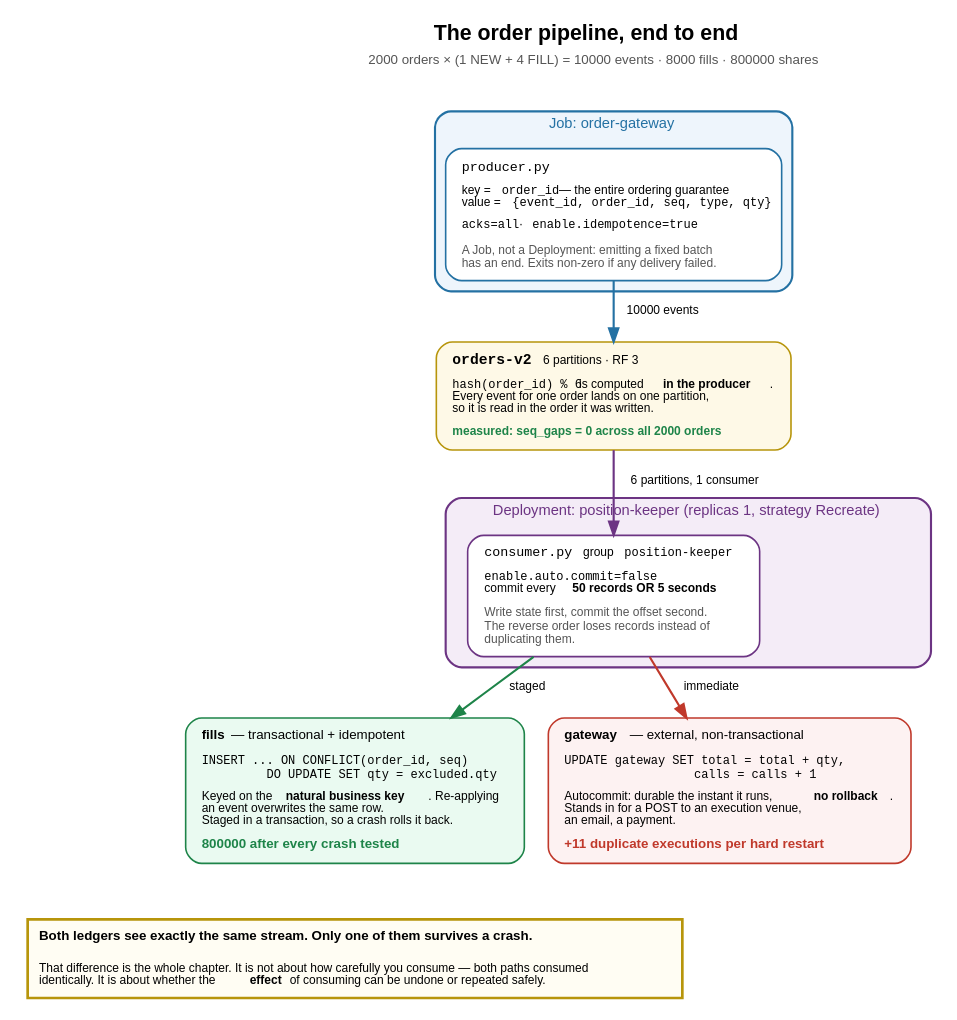
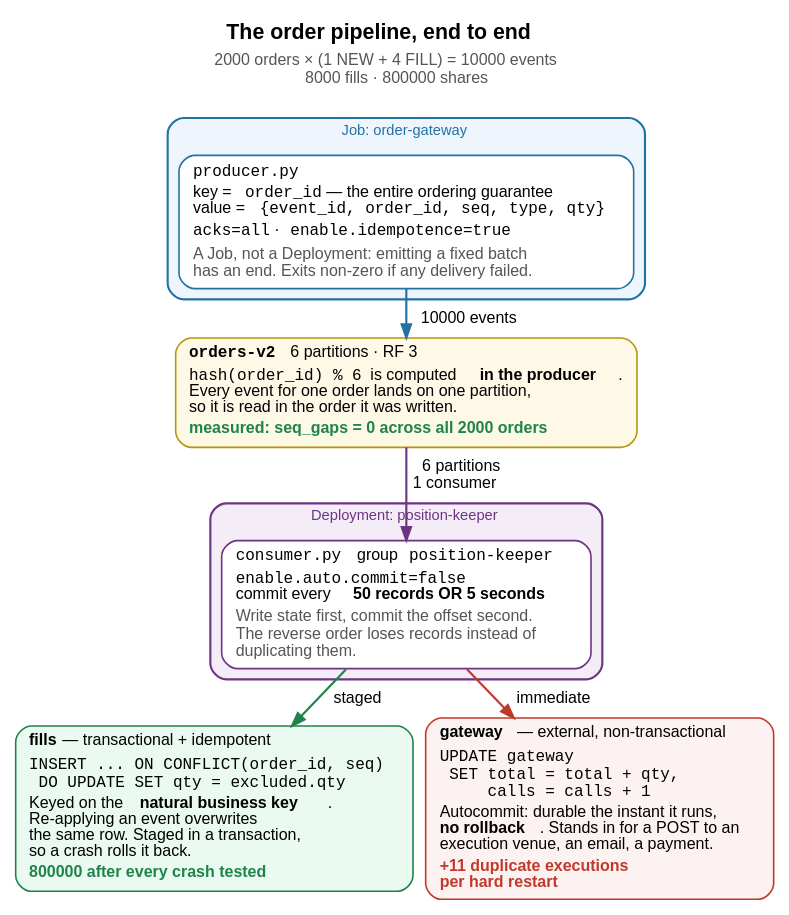
Before and after one commit to fiberoptix/home-lab-setup: the diagram in education/diagrams/ch06_fig1_dataflow.dot, drawn with Graphviz. The commit also changed 85 other files, not shown here.

```diff
--- a/education/diagrams/ch06_fig1_dataflow.dot
+++ b/education/diagrams/ch06_fig1_dataflow.dot
@@ -1,84 +1,79 @@
 // Chapter 6, Figure 1 — the shape of the application. One image, two
 // entrypoints, one topic, two ledgers. Measured 3 Aug 2026 on vm-k8-redpanda-1.
 //
 // Render:
 //   dot -Tpng -Gdpi=150 ch06_fig1_dataflow.dot -o ../images/ch06_fig1_dataflow.png
 
 digraph dataflow {
+  nodesep=0.12;
+  ranksep=0.2;
   rankdir=TB;
   bgcolor="white";
-  node  [fontname="Helvetica", fontsize=10, shape=box, style="filled,rounded", penwidth=1.2];
-  edge  [fontname="Helvetica", fontsize=9];
+  node  [fontname="Helvetica", fontsize=12, shape=box, style="filled,rounded", penwidth=1.2];
+  edge  [fontname="Helvetica", fontsize=12];
   graph [fontname="Helvetica", fontsize=11];
 
   title [shape=plaintext, style="", fillcolor="none", label=<
     <TABLE BORDER="0" CELLBORDER="0" CELLSPACING="0">
       <TR><TD><FONT POINT-SIZE="16"><B>The order pipeline, end to end</B></FONT></TD></TR>
-      <TR><TD><FONT POINT-SIZE="10" COLOR="#555555">2000 orders &#215; (1 NEW + 4 FILL) = 10000 events &#183; 8000 fills &#183; 800000 shares</FONT></TD></TR>
+      <TR><TD><FONT POINT-SIZE="12" COLOR="#555555">2000 orders &#215; (1 NEW + 4 FILL) = 10000 events<BR/>8000 fills &#183; 800000 shares</FONT></TD></TR>
     </TABLE>>];
 
   // ------------------------------------------------------- producer
   subgraph cluster_prod {
     label="  Job: order-gateway  ";
     style="filled,rounded"; fillcolor="#eef5fc"; color="#2471a3"; fontcolor="#2471a3"; penwidth=1.6;
 
     prod [fillcolor="#ffffff", color="#2471a3", label=<
-      <TABLE BORDER="0" CELLBORDER="0" CELLSPACING="0" CELLPADDING="4">
-        <TR><TD ALIGN="LEFT" BALIGN="LEFT"><FONT FACE="Courier" POINT-SIZE="10">producer.py</FONT></TD></TR>
-        <TR><TD ALIGN="LEFT" BALIGN="LEFT"><FONT POINT-SIZE="9">key = <FONT FACE="Courier">order_id</FONT> &#8212; the entire ordering guarantee<BR/>value = <FONT FACE="Courier">{event_id, order_id, seq, type, qty}</FONT></FONT></TD></TR>
-        <TR><TD ALIGN="LEFT" BALIGN="LEFT"><FONT POINT-SIZE="9"><FONT FACE="Courier">acks=all</FONT> &#183; <FONT FACE="Courier">enable.idempotence=true</FONT></FONT></TD></TR>
-        <TR><TD ALIGN="LEFT" BALIGN="LEFT"><FONT POINT-SIZE="9" COLOR="#555555">A Job, not a Deployment: emitting a fixed batch<BR/>has an end. Exits non-zero if any delivery failed.</FONT></TD></TR>
+      <TABLE BORDER="0" CELLBORDER="0" CELLSPACING="0" CELLPADDING="2">
+        <TR><TD ALIGN="LEFT" BALIGN="LEFT"><FONT FACE="Courier" POINT-SIZE="12">producer.py</FONT></TD></TR>
+        <TR><TD ALIGN="LEFT" BALIGN="LEFT"><FONT POINT-SIZE="12">key = <FONT FACE="Courier">order_id</FONT> &#8212; the entire ordering guarantee<BR/>value = <FONT FACE="Courier">{event_id, order_id, seq, type, qty}</FONT></FONT></TD></TR>
+        <TR><TD ALIGN="LEFT" BALIGN="LEFT"><FONT POINT-SIZE="12"><FONT FACE="Courier">acks=all</FONT> &#183; <FONT FACE="Courier">enable.idempotence=true</FONT></FONT></TD></TR>
+        <TR><TD ALIGN="LEFT" BALIGN="LEFT"><FONT POINT-SIZE="12" COLOR="#555555">A Job, not a Deployment: emitting a fixed batch<BR/>has an end. Exits non-zero if any delivery failed.</FONT></TD></TR>
       </TABLE>>];
   }
 
   // ------------------------------------------------------- topic
   topic [fillcolor="#fef9e7", color="#b7950b", label=<
-    <TABLE BORDER="0" CELLBORDER="0" CELLSPACING="0" CELLPADDING="4">
-      <TR><TD ALIGN="LEFT" BALIGN="LEFT"><FONT FACE="Courier" POINT-SIZE="11"><B>orders-v2</B></FONT>  <FONT POINT-SIZE="9">6 partitions &#183; RF 3</FONT></TD></TR>
-      <TR><TD ALIGN="LEFT" BALIGN="LEFT"><FONT POINT-SIZE="9"><FONT FACE="Courier">hash(order_id) % 6</FONT> is computed <B>in the producer</B>.<BR/>Every event for one order lands on one partition,<BR/>so it is read in the order it was written.</FONT></TD></TR>
-      <TR><TD ALIGN="LEFT" BALIGN="LEFT"><FONT POINT-SIZE="9" COLOR="#1e8449"><B>measured: seq_gaps = 0 across all 2000 orders</B></FONT></TD></TR>
+    <TABLE BORDER="0" CELLBORDER="0" CELLSPACING="0" CELLPADDING="2">
+      <TR><TD ALIGN="LEFT" BALIGN="LEFT"><FONT FACE="Courier" POINT-SIZE="12"><B>orders-v2</B></FONT>  <FONT POINT-SIZE="12">6 partitions &#183; RF 3</FONT></TD></TR>
+      <TR><TD ALIGN="LEFT" BALIGN="LEFT"><FONT POINT-SIZE="12"><FONT FACE="Courier">hash(order_id) % 6</FONT> is computed <B>in the producer</B>.<BR/>Every event for one order lands on one partition,<BR/>so it is read in the order it was written.</FONT></TD></TR>
+      <TR><TD ALIGN="LEFT" BALIGN="LEFT"><FONT POINT-SIZE="12" COLOR="#1e8449"><B>measured: seq_gaps = 0 across all 2000 orders</B></FONT></TD></TR>
     </TABLE>>];
 
   // ------------------------------------------------------- consumer
   subgraph cluster_cons {
-    label="  Deployment: position-keeper (replicas 1, strategy Recreate)  ";
+    label="  Deployment: position-keeper  ";
     style="filled,rounded"; fillcolor="#f4ecf7"; color="#6c3483"; fontcolor="#6c3483"; penwidth=1.6;
 
     cons [fillcolor="#ffffff", color="#6c3483", label=<
-      <TABLE BORDER="0" CELLBORDER="0" CELLSPACING="0" CELLPADDING="4">
-        <TR><TD ALIGN="LEFT" BALIGN="LEFT"><FONT FACE="Courier" POINT-SIZE="10">consumer.py</FONT>  <FONT POINT-SIZE="9">group <FONT FACE="Courier">position-keeper</FONT></FONT></TD></TR>
-        <TR><TD ALIGN="LEFT" BALIGN="LEFT"><FONT POINT-SIZE="9"><FONT FACE="Courier">enable.auto.commit=false</FONT><BR/>commit every <B>50 records OR 5 seconds</B></FONT></TD></TR>
-        <TR><TD ALIGN="LEFT" BALIGN="LEFT"><FONT POINT-SIZE="9" COLOR="#555555">Write state first, commit the offset second.<BR/>The reverse order loses records instead of<BR/>duplicating them.</FONT></TD></TR>
+      <TABLE BORDER="0" CELLBORDER="0" CELLSPACING="0" CELLPADDING="2">
+        <TR><TD ALIGN="LEFT" BALIGN="LEFT"><FONT FACE="Courier" POINT-SIZE="12">consumer.py</FONT>  <FONT POINT-SIZE="12">group <FONT FACE="Courier">position-keeper</FONT></FONT></TD></TR>
+        <TR><TD ALIGN="LEFT" BALIGN="LEFT"><FONT POINT-SIZE="12"><FONT FACE="Courier">enable.auto.commit=false</FONT><BR/>commit every <B>50 records OR 5 seconds</B></FONT></TD></TR>
+        <TR><TD ALIGN="LEFT" BALIGN="LEFT"><FONT POINT-SIZE="12" COLOR="#555555">Write state first, commit the offset second.<BR/>The reverse order loses records instead of<BR/>duplicating them.</FONT></TD></TR>
       </TABLE>>];
   }
 
   // ------------------------------------------------------- the two sinks
   good [fillcolor="#eafaf1", color="#1e8449", label=<
-    <TABLE BORDER="0" CELLBORDER="0" CELLSPACING="0" CELLPADDING="4">
+    <TABLE BORDER="0" CELLBORDER="0" CELLSPACING="0" CELLPADDING="2">
       <TR><TD ALIGN="LEFT" BALIGN="LEFT"><B>fills</B> &#8212; transactional + idempotent</TD></TR>
-      <TR><TD ALIGN="LEFT" BALIGN="LEFT"><FONT FACE="Courier" POINT-SIZE="9">INSERT ... ON CONFLICT(order_id, seq)<BR/>          DO UPDATE SET qty = excluded.qty</FONT></TD></TR>
-      <TR><TD ALIGN="LEFT" BALIGN="LEFT"><FONT POINT-SIZE="9">Keyed on the <B>natural business key</B>. Re-applying<BR/>an event overwrites the same row.<BR/>Staged in a transaction, so a crash rolls it back.</FONT></TD></TR>
-      <TR><TD ALIGN="LEFT" BALIGN="LEFT"><FONT POINT-SIZE="10" COLOR="#1e8449"><B>800000 after every crash tested</B></FONT></TD></TR>
+      <TR><TD ALIGN="LEFT" BALIGN="LEFT"><FONT FACE="Courier" POINT-SIZE="12">INSERT ... ON CONFLICT(order_id, seq)<BR/>  DO UPDATE SET qty = excluded.qty</FONT></TD></TR>
+      <TR><TD ALIGN="LEFT" BALIGN="LEFT"><FONT POINT-SIZE="12">Keyed on the <B>natural business key</B>.<BR/>Re-applying an event overwrites<BR/>the same row. Staged in a transaction,<BR/>so a crash rolls it back.</FONT></TD></TR>
+      <TR><TD ALIGN="LEFT" BALIGN="LEFT"><FONT POINT-SIZE="12" COLOR="#1e8449"><B>800000 after every crash tested</B></FONT></TD></TR>
     </TABLE>>];
 
   bad [fillcolor="#fdf2f2", color="#c0392b", label=<
-    <TABLE BORDER="0" CELLBORDER="0" CELLSPACING="0" CELLPADDING="4">
+    <TABLE BORDER="0" CELLBORDER="0" CELLSPACING="0" CELLPADDING="2">
       <TR><TD ALIGN="LEFT" BALIGN="LEFT"><B>gateway</B> &#8212; external, non-transactional</TD></TR>
-      <TR><TD ALIGN="LEFT" BALIGN="LEFT"><FONT FACE="Courier" POINT-SIZE="9">UPDATE gateway SET total = total + qty,<BR/>                   calls = calls + 1</FONT></TD></TR>
-      <TR><TD ALIGN="LEFT" BALIGN="LEFT"><FONT POINT-SIZE="9">Autocommit: durable the instant it runs, <B>no rollback</B>.<BR/>Stands in for a POST to an execution venue,<BR/>an email, a payment.</FONT></TD></TR>
-      <TR><TD ALIGN="LEFT" BALIGN="LEFT"><FONT POINT-SIZE="10" COLOR="#c0392b"><B>+11 duplicate executions per hard restart</B></FONT></TD></TR>
-    </TABLE>>];
-
-  note [shape=plaintext, style="", fillcolor="none", label=<
-    <TABLE BORDER="2" CELLBORDER="0" CELLSPACING="0" CELLPADDING="7" COLOR="#b7950b" BGCOLOR="#fffdf3">
-      <TR><TD ALIGN="LEFT" BALIGN="LEFT"><B>Both ledgers see exactly the same stream. Only one of them survives a crash.</B></TD></TR>
-      <TR><TD ALIGN="LEFT" BALIGN="LEFT"><FONT POINT-SIZE="9">That difference is the whole chapter. It is not about how carefully you consume &#8212; both paths consumed<BR/>identically. It is about whether the <B>effect</B> of consuming can be undone or repeated safely.</FONT></TD></TR>
+      <TR><TD ALIGN="LEFT" BALIGN="LEFT"><FONT FACE="Courier" POINT-SIZE="12">UPDATE gateway<BR/>  SET total = total + qty,<BR/>      calls = calls + 1</FONT></TD></TR>
+      <TR><TD ALIGN="LEFT" BALIGN="LEFT"><FONT POINT-SIZE="12">Autocommit: durable the instant it runs,<BR/><B>no rollback</B>. Stands in for a POST to an<BR/>execution venue, an email, a payment.</FONT></TD></TR>
+      <TR><TD ALIGN="LEFT" BALIGN="LEFT"><FONT POINT-SIZE="12" COLOR="#c0392b"><B>+11 duplicate executions<BR/>per hard restart</B></FONT></TD></TR>
     </TABLE>>];
 
   title -> prod [style=invis];
   prod  -> topic [color="#2471a3", penwidth=1.6, label="  10000 events  "];
-  topic -> cons  [color="#6c3483", penwidth=1.6, label="  6 partitions, 1 consumer  "];
+  topic -> cons  [color="#6c3483", penwidth=1.6, label="  6 partitions\n1 consumer  "];
   cons  -> good  [color="#1e8449", penwidth=1.6, label="  staged  "];
   cons  -> bad   [color="#c0392b", penwidth=1.6, label="  immediate  "];
-  good  -> note  [style=invis];
 }
```
